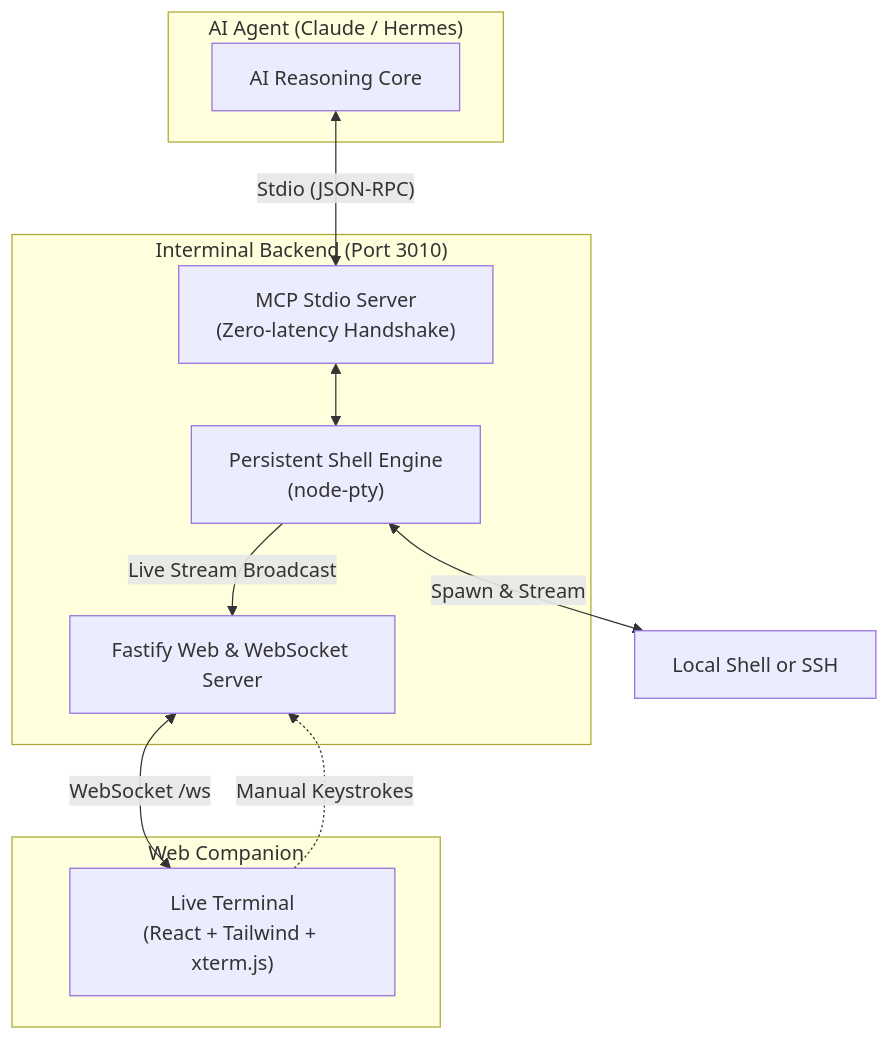
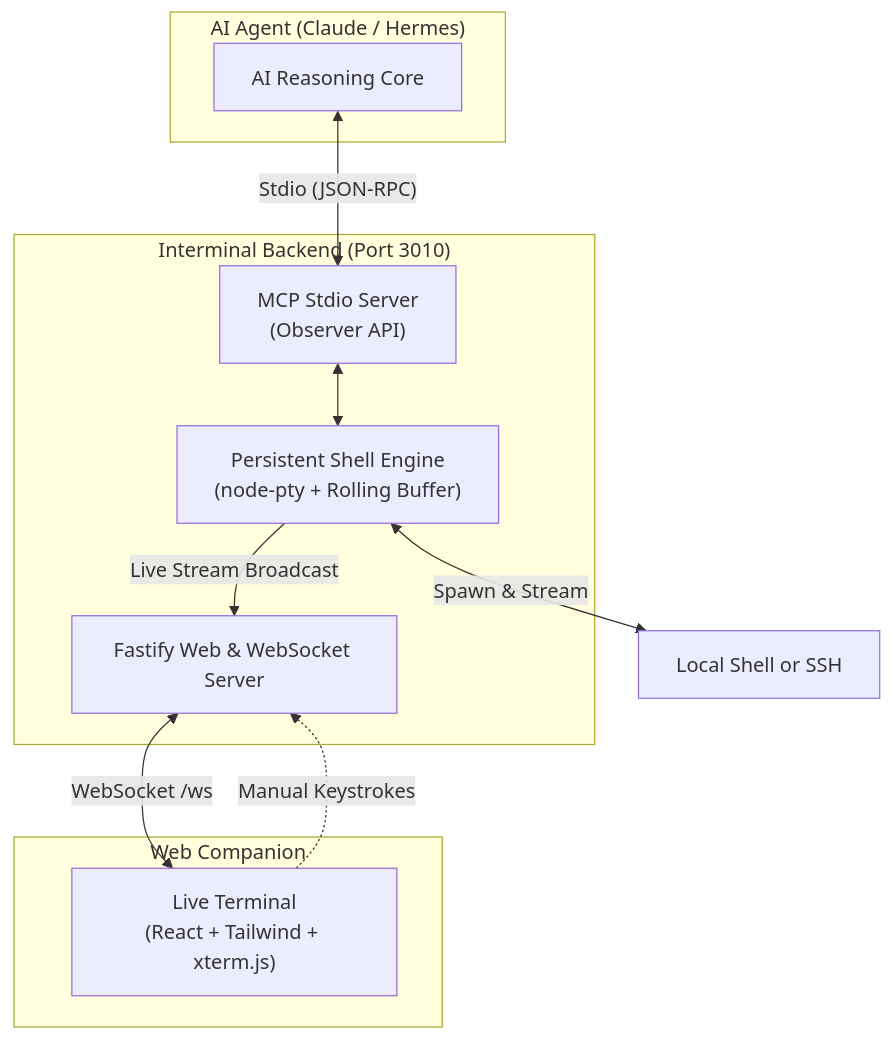
One commit to nguyenngocdungcs/interminal changed the diagram in README.md. Above: the diagram before and after it, drawn with Mermaid. The commit also changed other lines of this file and 10 other files, not shown here.

````diff
--- a/README.md
+++ b/README.md
@@ -116,23 +119,23 @@
 ```mermaid
 flowchart TD
     subgraph AI ["AI Agent (Claude / Hermes)"]
         Agent["AI Reasoning Core"]
     end
 
     subgraph Interminal ["Interminal Backend (Port 3010)"]
-        MCP["MCP Stdio Server\n(Zero-latency Handshake)"]
-        PTY["Persistent Shell Engine\n(node-pty)"]
+        MCP["MCP Stdio Server\n(Observer API)"]
+        PTY["Persistent Shell Engine\n(node-pty + Rolling Buffer)"]
         WebBridge["Fastify Web & WebSocket Server"]
     end
 
     subgraph Browser ["Web Companion"]
         UI["Live Terminal\n(React + Tailwind + xterm.js)"]
     end
 
     Agent <-->|"Stdio (JSON-RPC)"| MCP
     MCP <--> PTY
     PTY <-->|"Spawn & Stream"| Shell["Local Shell or SSH"]
     PTY -->|"Live Stream Broadcast"| WebBridge
     WebBridge <-->|"WebSocket /ws"| UI
     UI -.->|"Manual Keystrokes"| WebBridge
 ```
````
